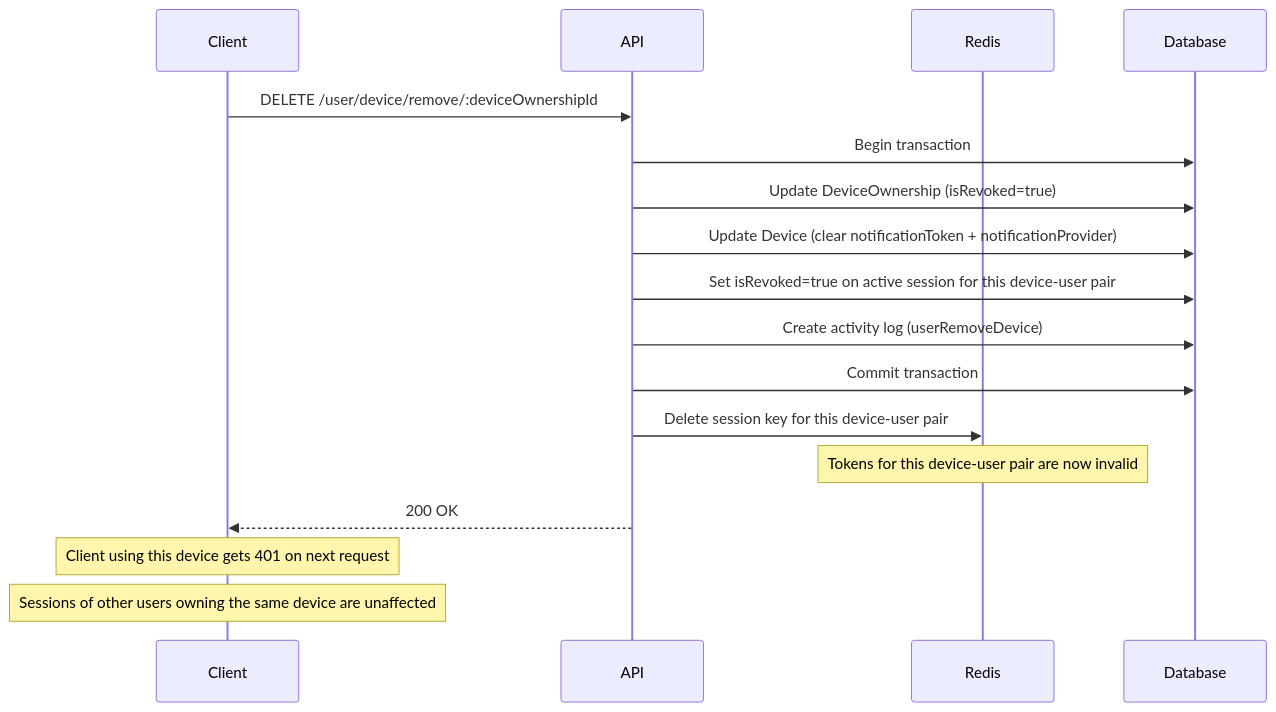
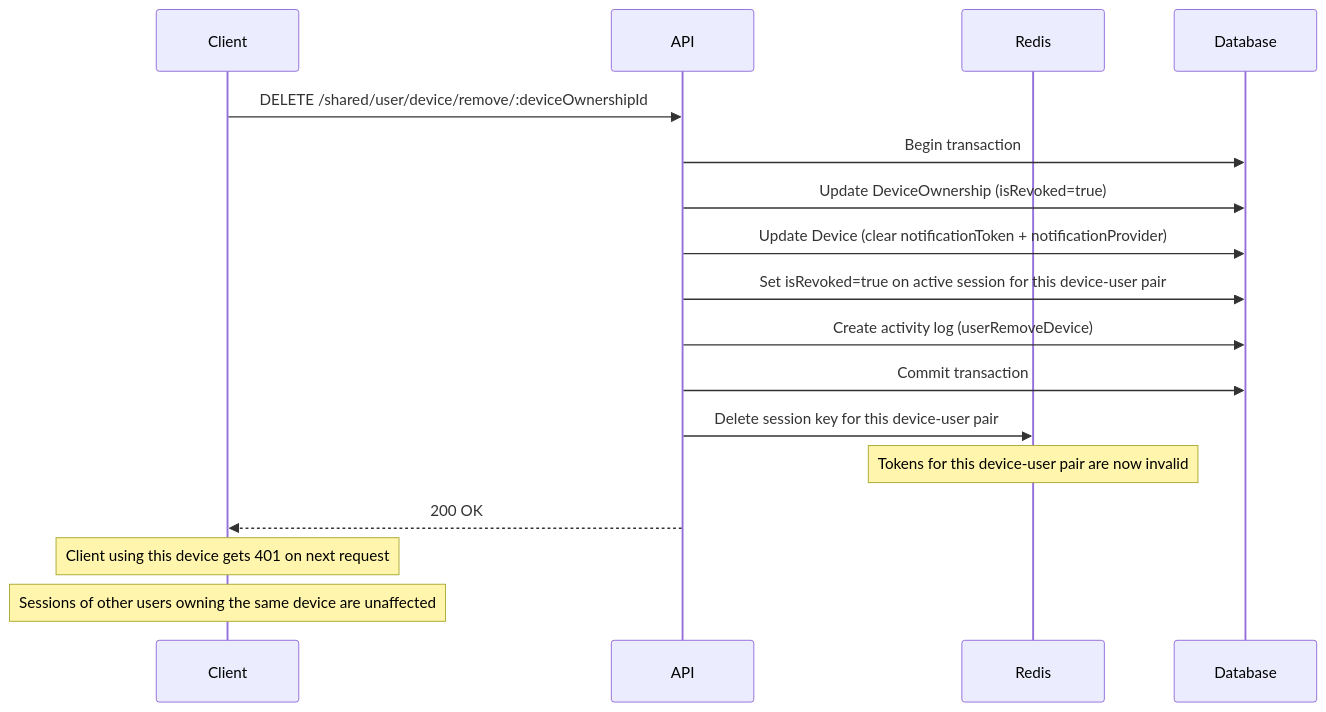
The diagram in docs/device.md (andrechristikan/ack-nestjs-boilerplate), drawn with Mermaid before and after one commit. The commit also changed other lines of this file and 31 other files, not shown here.

````diff
--- a/docs/device.md
+++ b/docs/device.md
@@ -98,20 +98,20 @@
 ```mermaid
 sequenceDiagram
     participant Client
     participant API
     participant Redis
     participant Database
 
-    Client->>API: DELETE /user/device/remove/:deviceOwnershipId
+    Client->>API: DELETE /shared/user/device/remove/:deviceOwnershipId
     API->>Database: Begin transaction
     API->>Database: Update DeviceOwnership (isRevoked=true)
     API->>Database: Update Device (clear notificationToken + notificationProvider)
     API->>Database: Set isRevoked=true on active session for this device-user pair
     API->>Database: Create activity log (userRemoveDevice)
     API->>Database: Commit transaction
     API->>Redis: Delete session key for this device-user pair
     Note over Redis: Tokens for this device-user pair are now invalid
     API-->>Client: 200 OK
     Note over Client: Client using this device gets 401 on next request
     Note over Client: Sessions of other users owning the same device are unaffected
 ```
````
